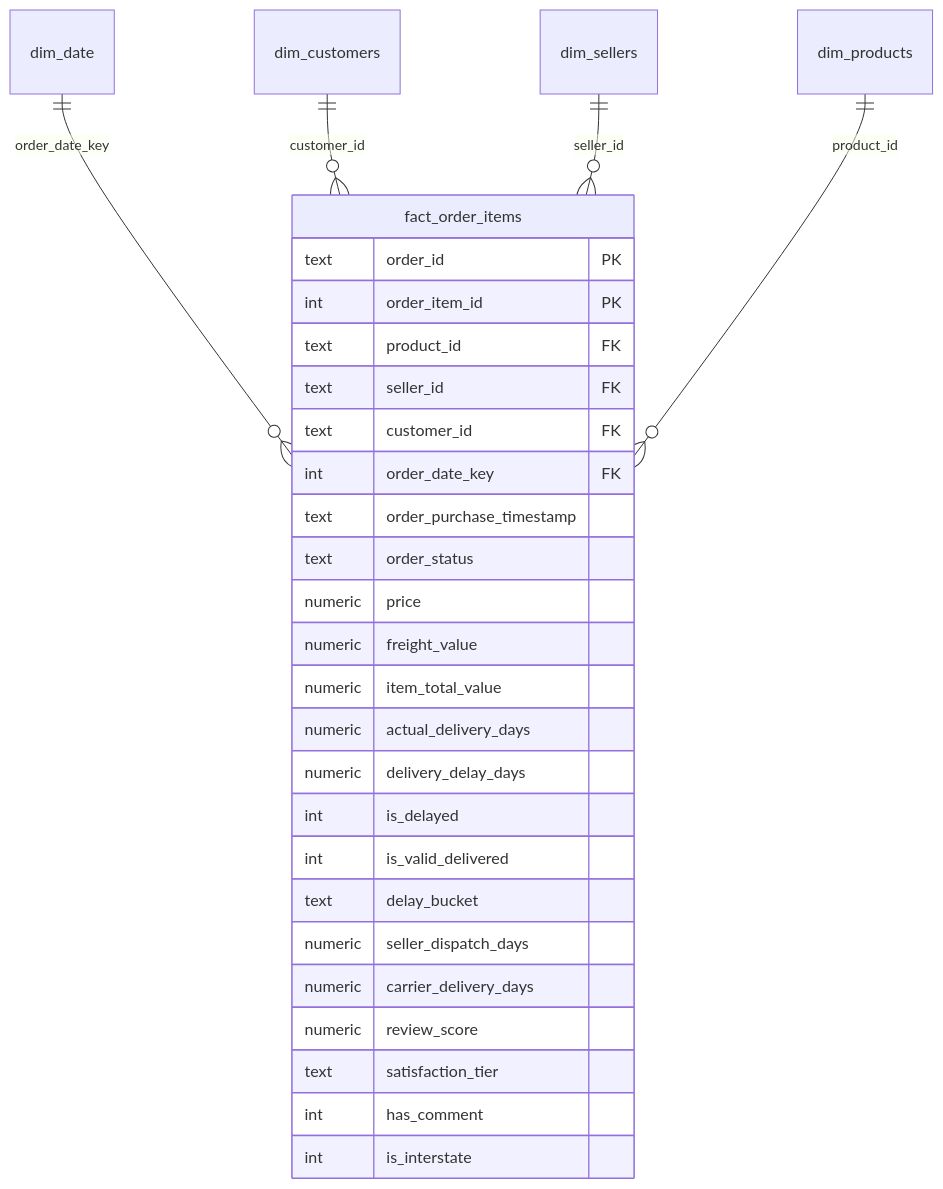
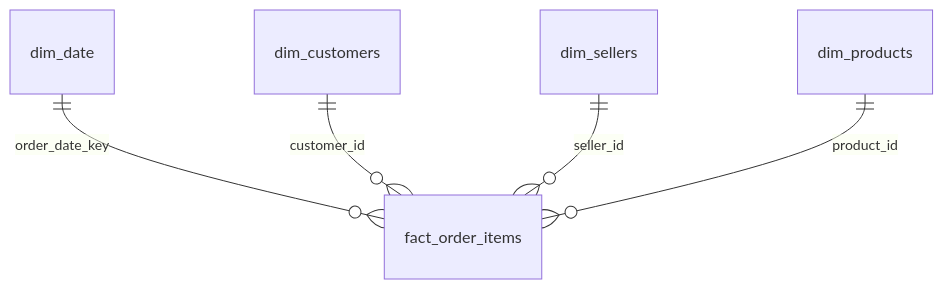
One commit to Baotran265/olist-ecommerce-data-analyst changed the diagram in README.md. Above: the diagram before and after it, drawn with Mermaid. The commit also changed other lines of this file and 20 other files, not shown here.

````diff
--- a/README.md
+++ b/README.md
@@ -97,32 +91,7 @@
 ```mermaid
 erDiagram
     dim_date ||--o{ fact_order_items : "order_date_key"
     dim_customers ||--o{ fact_order_items : "customer_id"
     dim_sellers ||--o{ fact_order_items : "seller_id"
     dim_products ||--o{ fact_order_items : "product_id"
-
-    fact_order_items {
-        text order_id PK
-        int order_item_id PK
-        text product_id FK
-        text seller_id FK
-        text customer_id FK
-        int order_date_key FK
-        text order_purchase_timestamp
-        text order_status
-        numeric price
-        numeric freight_value
-        numeric item_total_value
-        numeric actual_delivery_days
-        numeric delivery_delay_days
-        int is_delayed
-        int is_valid_delivered
-        text delay_bucket
-        numeric seller_dispatch_days
-        numeric carrier_delivery_days
-        numeric review_score
-        text satisfaction_tier
-        int has_comment
-        int is_interstate
-    }
 ```
````
